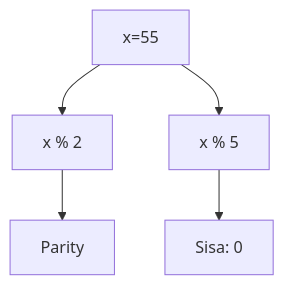
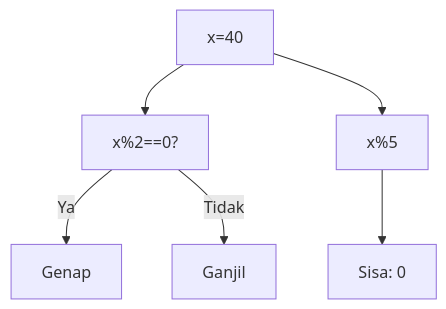
One commit to amnahwaida/OSNK_INF_PREP changed the sixth of 25 diagrams in part-c-pemahaman-cpp/03-perulangan/latihan/set-05.md. Above: the diagram before and after it, drawn with Mermaid. The commit also changed other lines of this file and 71 other files, not shown here.

Commit message:
Fixed Mermaid syntax lexical errors with quoted labels in 1,800 questions

````diff
--- a/part-c-pemahaman-cpp/03-perulangan/latihan/set-05.md
+++ b/part-c-pemahaman-cpp/03-perulangan/latihan/set-05.md
@@ -116,7 +177,8 @@
 ```mermaid
 graph TD
-A[x=55] --> B[x % 2]
-B --> C[Parity]
-A --> D[x % 5]
-D --> E[Sisa: 0]
+A["x=40"] --> B["x%2==0?"]
+B -- Ya --> C["Genap"]
+B -- Tidak --> D["Ganjil"]
+A --> E["x%5"]
+E --> F["Sisa: 0"]
 ```
````
